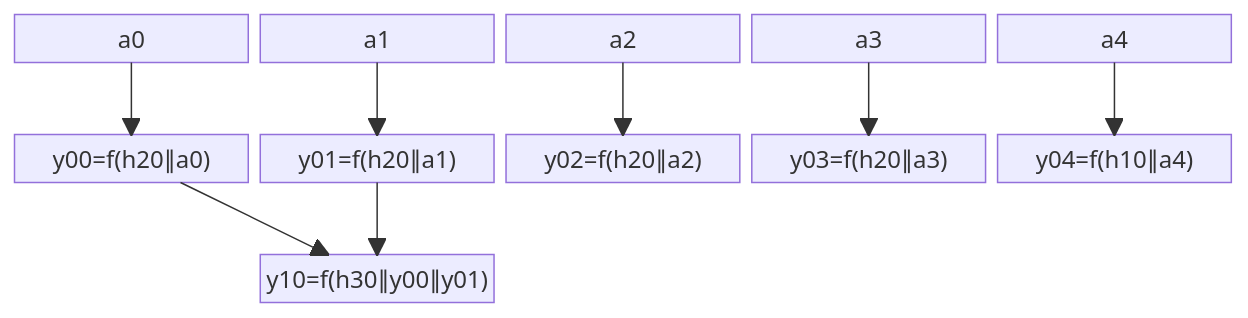
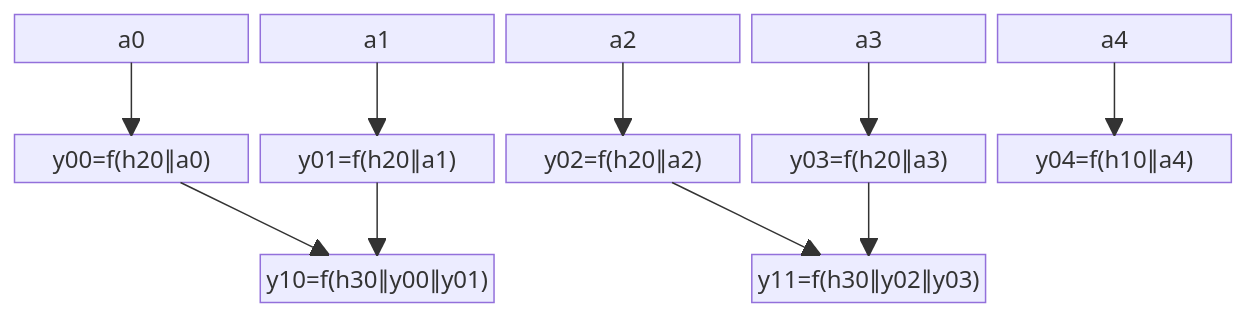
One commit to sergey-shandar/public changed the second of 2 diagrams in notes/hash.md. Above: the diagram before and after it, drawn with Mermaid.

````diff
--- a/notes/hash.md
+++ b/notes/hash.md
@@ -75,16 +75,18 @@
 ```mermaid
 block-beta
   columns 5
-  a0                   a1                        a2                   a3                  a4
+  a0                   a1                        a2                   a3                        a4
   space:5
-  y00["y00=f(h20∥a0)"] y01["y01=f(h20∥a1)"]      y02["y02=f(h20∥a2)"] y03["y03=f(h20∥a3)"] y04["y04=f(h10∥a4)"]
+  y00["y00=f(h20∥a0)"] y01["y01=f(h20∥a1)"]      y02["y02=f(h20∥a2)"] y03["y03=f(h20∥a3)"]      y04["y04=f(h10∥a4)"]
   space:5
-  space                y10["y10=f(h30∥y00∥y01)"]
+  space                y10["y10=f(h30∥y00∥y01)"] space                y11["y11=f(h30∥y02∥y03)"]              
   a0-->y00
   a1-->y01
   a2-->y02
   a3-->y03
   a4-->y04
   y00-->y10
   y01-->y10
+  y02-->y11
+  y03-->y11
 ```
````
